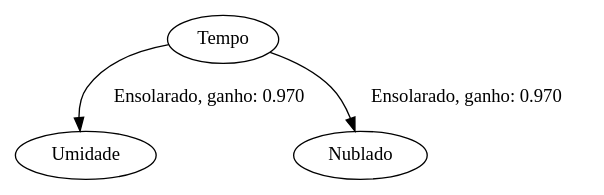
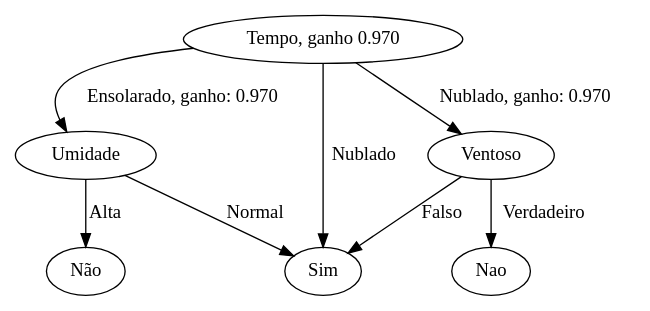
Before and after one commit to emanoelvianna/random-forests: the diagram in tree.gv, drawn with Graphviz. The commit also changed 7 other files, not shown here.

```diff
--- a/tree.gv
+++ b/tree.gv
@@ -1,4 +1,9 @@
 digraph G {
-	Tempo -> Umidade [label="Ensolarado, ganho: 0.970"]
-	Tempo -> Nublado [label="Ensolarado, ganho: 0.970"]
+	"Tempo, ganho 0.970" -> Umidade [label="Ensolarado, ganho: 0.970"]
+	Umidade -> "Não" [label=Alta]
+	Umidade -> Sim [label=Normal]
+	"Tempo, ganho 0.970" -> Sim [label=Nublado]
+	"Tempo, ganho 0.970" -> Ventoso [label="Nublado, ganho: 0.970"]
+	Ventoso -> Sim [label=Falso]
+	Ventoso -> Nao [label=Verdadeiro]
 }
```
